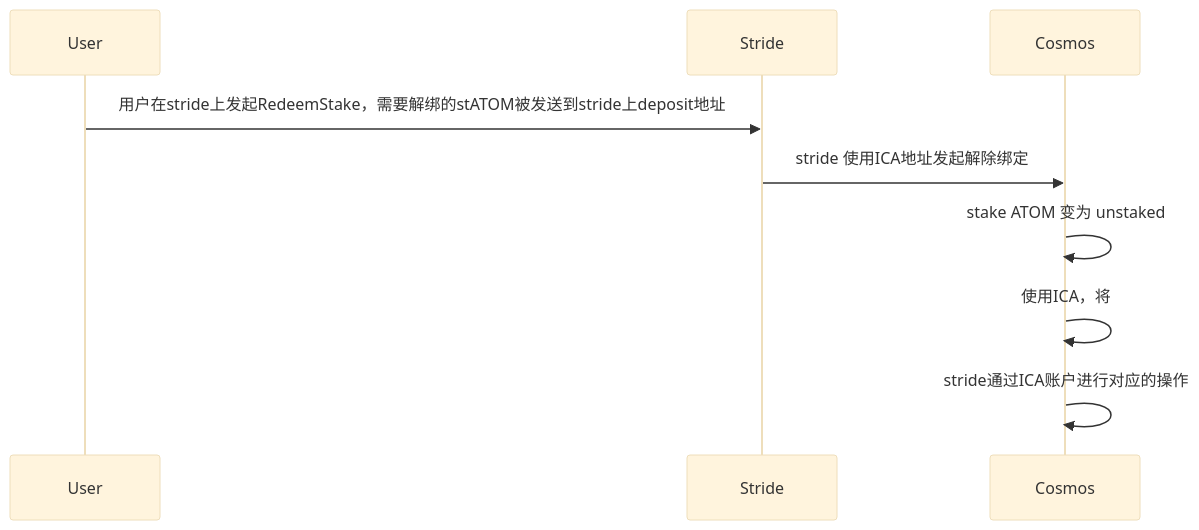
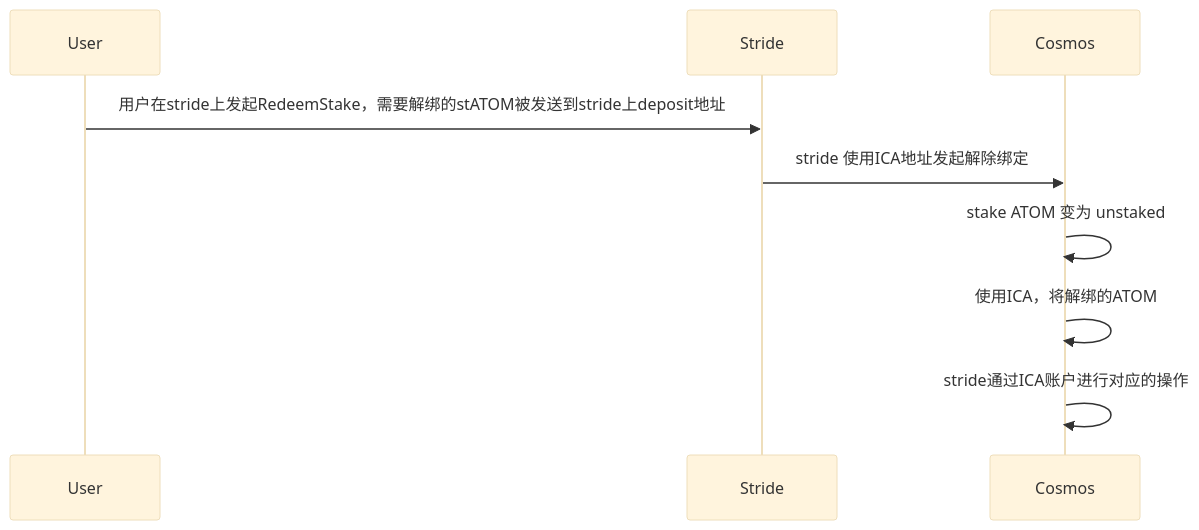
Before and after one commit to yingjianzh/iodraw-files: the diagram in all/unbonding.md, drawn with Mermaid (base theme).

Commit message:
2024-03-28 15:32:52 update

````diff
--- a/all/unbonding.md
+++ b/all/unbonding.md
@@ -1,8 +1,8 @@
 ```mermaid
 sequenceDiagram
     User->>Stride: 用户在stride上发起RedeemStake，需要解绑的stATOM被发送到stride上deposit地址
     Stride->>Cosmos: stride 使用ICA地址发起解除绑定
     Cosmos->>Cosmos: stake ATOM 变为 unstaked
-    Cosmos->>Cosmos: 使用ICA，将
+    Cosmos->>Cosmos: 使用ICA，将解绑的ATOM
     Cosmos->>Cosmos: stride通过ICA账户进行对应的操作
 ```
````
